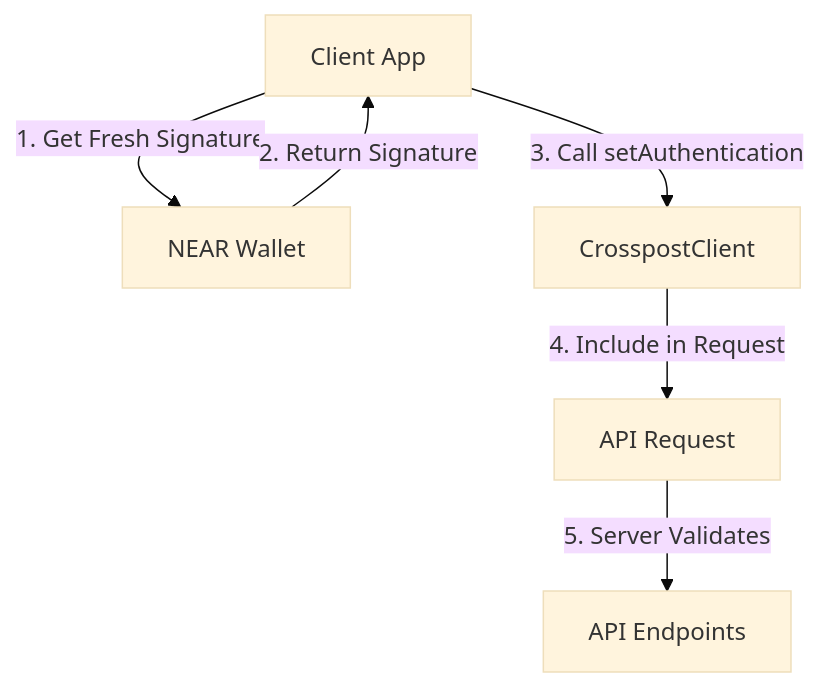
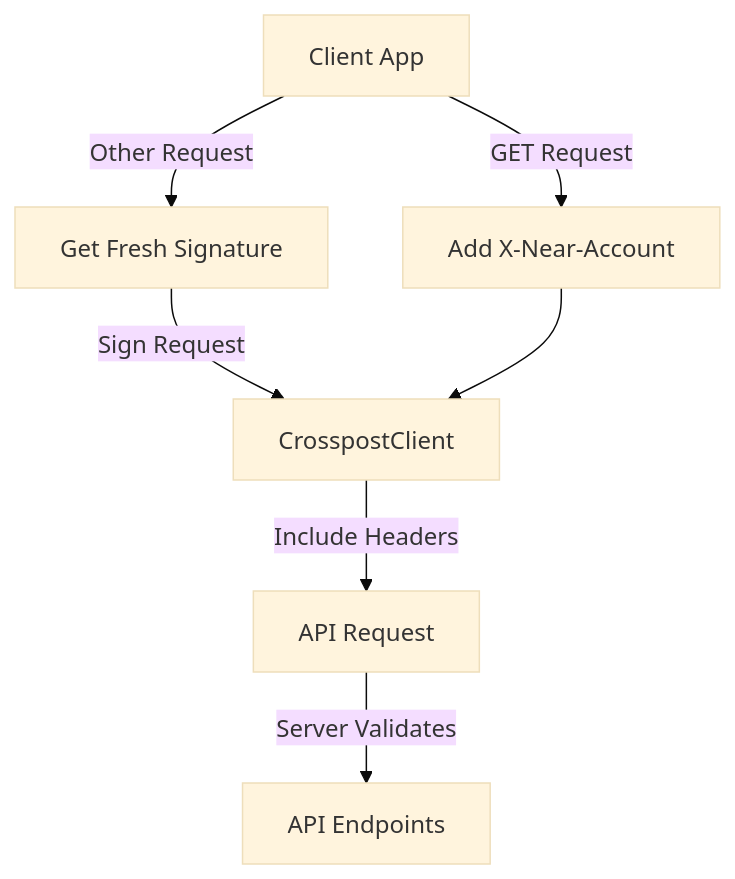
One commit to open-crosspost/open-crosspost-proxy-service changed the seventh of 7 diagrams in memory-bank/security-plan.md. Above: the diagram before and after it, drawn with Mermaid (base theme). The commit also changed other lines of this file and 22 other files, not shown here.

Commit message:
setNearAccount, enhance sdk with response types

````diff
--- a/memory-bank/security-plan.md
+++ b/memory-bank/security-plan.md
@@ -204,8 +232,9 @@
 ```mermaid
 flowchart TD
-    A[Client App] -->|1. Get Fresh Signature| B[NEAR Wallet]
-    B -->|2. Return Signature| A
-    A -->|3. Call setAuthentication| C[CrosspostClient]
-    C -->|4. Include in Request| D[API Request]
-    D -->|5. Server Validates| E[API Endpoints]
+    A[Client App] -->|GET Request| B1[Add X-Near-Account]
+    A -->|Other Request| B2[Get Fresh Signature]
+    B2 -->|Sign Request| C[CrosspostClient]
+    B1 --> C
+    C -->|Include Headers| D[API Request]
+    D -->|Server Validates| E[API Endpoints]
 ```
````
